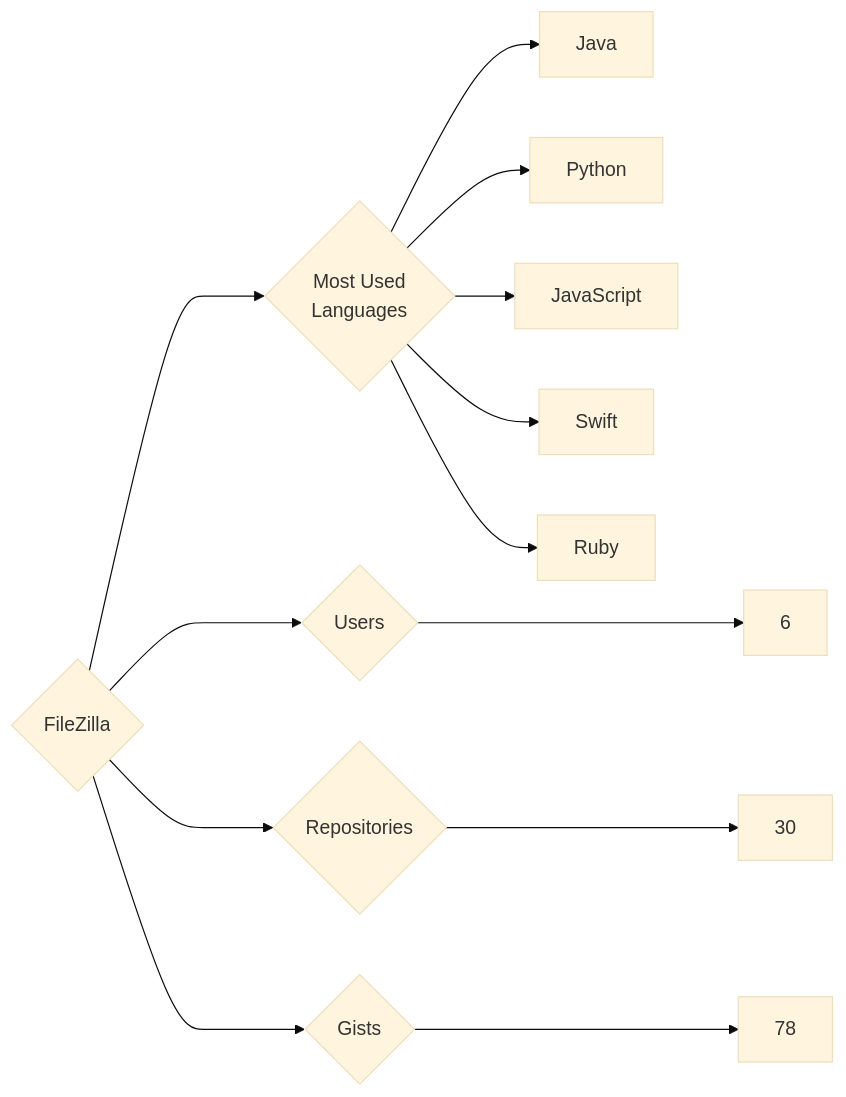
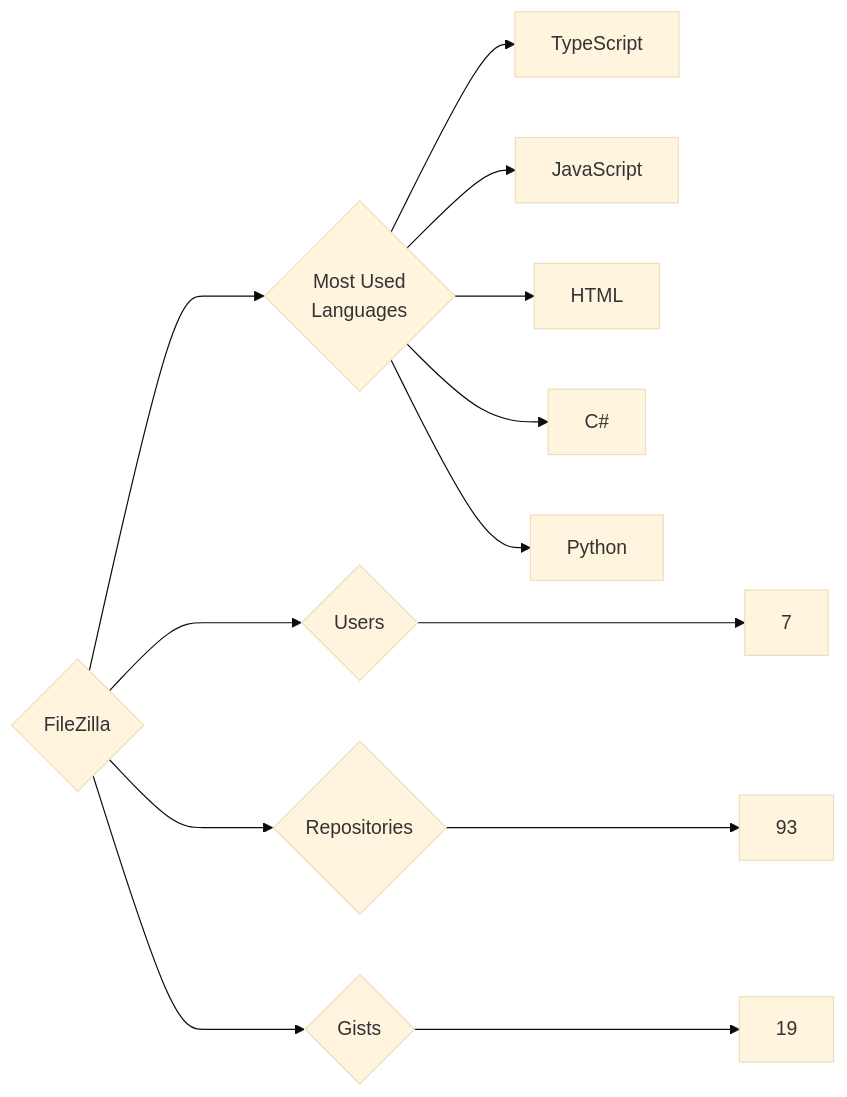
Before and after one commit to trickest/insiders: the diagram in targets/FileZilla/README.md, drawn with Mermaid (base theme). The commit also changed 998 other files, not shown here.

````diff
--- a/targets/FileZilla/README.md
+++ b/targets/FileZilla/README.md
@@ -3,13 +3,13 @@
 ```mermaid
 graph LR
 COMPANY_NAME{FileZilla}
-COMPANY_NAME ---> U{Users} ---> UN[6]
-COMPANY_NAME ---> R{Repositories} ---> RN[30]
-COMPANY_NAME ---> G{Gists} ---> GN[78]
+COMPANY_NAME ---> U{Users} ---> UN[7]
+COMPANY_NAME ---> R{Repositories} ---> RN[93]
+COMPANY_NAME ---> G{Gists} ---> GN[19]
 COMPANY_NAME ---> ML{Most Used<br>Languages}
-ML --> Java[Java]
+ML --> TypeScript[TypeScript]
+ML --> JavaScript[JavaScript]
+ML --> HTML[HTML]
+ML --> C#[C#]
 ML --> Python[Python]
-ML --> JavaScript[JavaScript]
-ML --> Swift[Swift]
-ML --> Ruby[Ruby]
 ```
````
